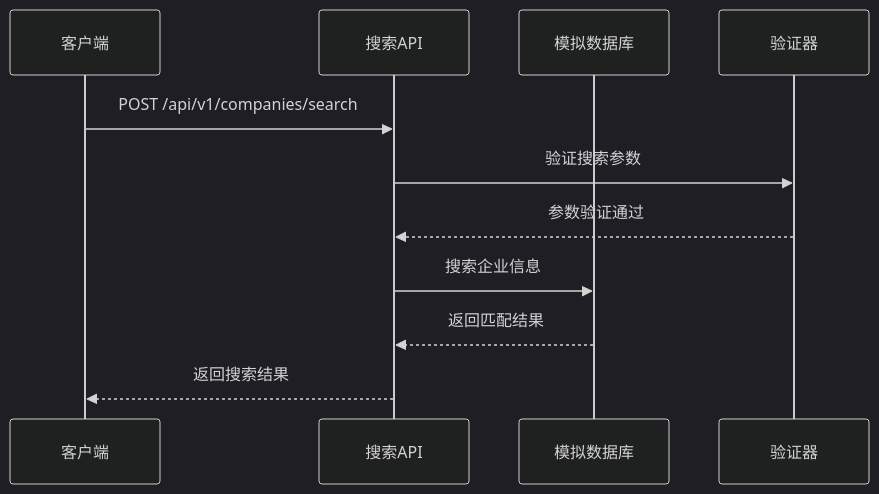
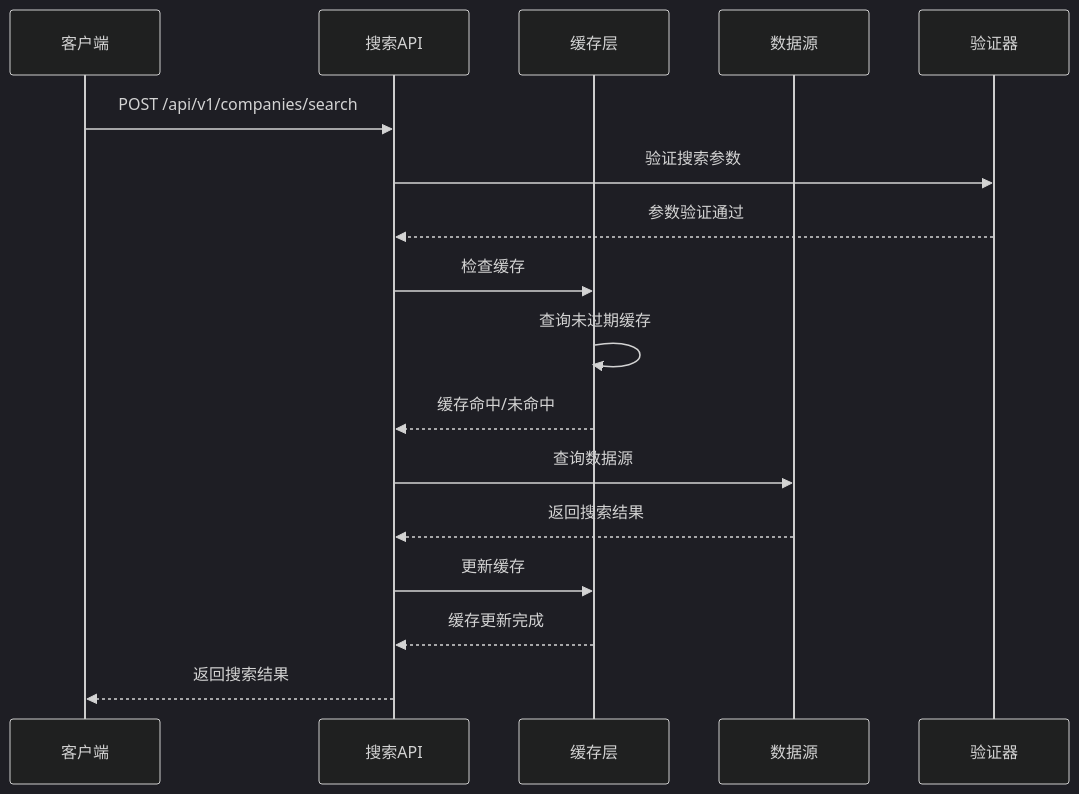
Diagram 13 of 34 in .qoder/repowiki/zh/content/Database Schema.md (xianjianshenqu/SalesFlow-CRM), drawn with Mermaid (dark theme) before and after one commit. The commit also changed other lines of this file and 7 other files, not shown here.

````diff
--- a/.qoder/repowiki/zh/content/Database Schema.md
+++ b/.qoder/repowiki/zh/content/Database Schema.md
@@ -708,13 +809,19 @@
 ```mermaid
 sequenceDiagram
 participant Client as 客户端
 participant SearchAPI as 搜索API
-participant MockDB as 模拟数据库
+participant CacheLayer as 缓存层
+participant DataSources as 数据源
 participant Validator as 验证器
 Client->>SearchAPI : POST /api/v1/companies/search
 SearchAPI->>Validator : 验证搜索参数
 Validator-->>SearchAPI : 参数验证通过
-SearchAPI->>MockDB : 搜索企业信息
-MockDB-->>SearchAPI : 返回匹配结果
+SearchAPI->>CacheLayer : 检查缓存
+CacheLayer->>CacheLayer : 查询未过期缓存
+CacheLayer-->>SearchAPI : 缓存命中/未命中
+SearchAPI->>DataSources : 查询数据源
+DataSources-->>SearchAPI : 返回搜索结果
+SearchAPI->>CacheLayer : 更新缓存
+CacheLayer-->>SearchAPI : 缓存更新完成
 SearchAPI-->>Client : 返回搜索结果
 ```
````
